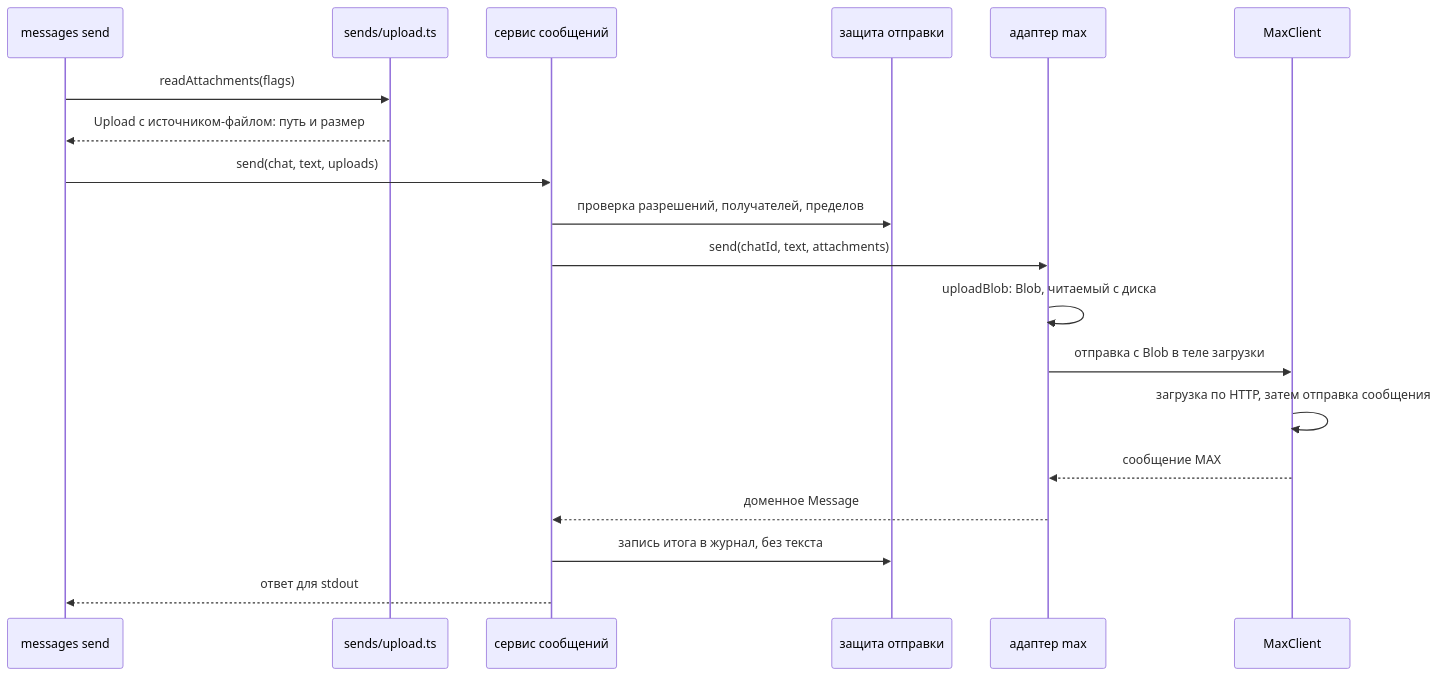
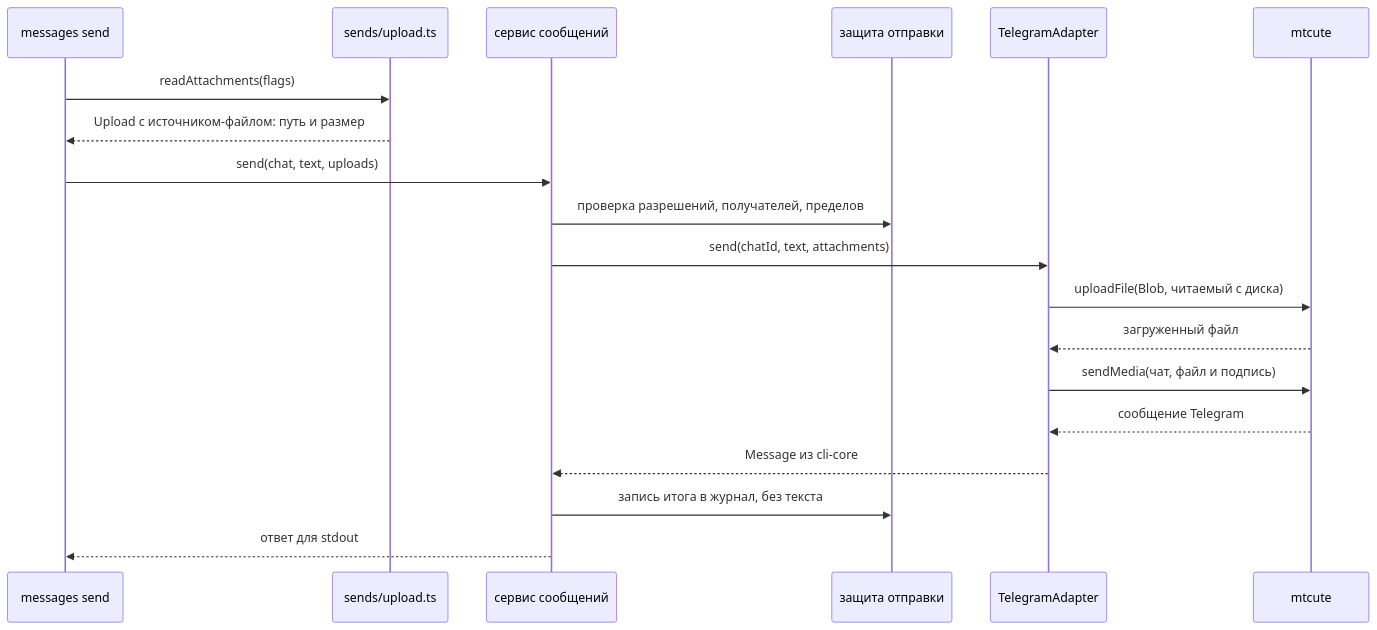
Before and after one commit to WireCatLabs/cli-docs: the fifth of 5 diagrams in content/docs/code-design.ru.mdx, drawn with Mermaid. The commit also changed other lines of this file and 2 other files, not shown here.

First line of the commit message:
docs(code-design): say what a port is; a clearer contract diagram; tg examples

````diff
--- a/content/docs/code-design.ru.mdx
+++ b/content/docs/code-design.ru.mdx
@@ -210,21 +211,21 @@
 ```mermaid Отправка с файлом: от команды до мессенджера
 sequenceDiagram
   participant Cmd as messages send
   participant Up as sends/upload.ts
   participant Svc as сервис сообщений
   participant Guard as защита отправки
-  participant Ad as адаптер max
-  participant Cl as MaxClient
+  participant Ad as TelegramAdapter
+  participant Cl as mtcute
   Cmd->>Up: readAttachments(flags)
   Up-->>Cmd: Upload с источником-файлом: путь и размер
   Cmd->>Svc: send(chat, text, uploads)
   Svc->>Guard: проверка разрешений, получателей, пределов
   Svc->>Ad: send(chatId, text, attachments)
-  Ad->>Ad: uploadBlob: Blob, читаемый с диска
-  Ad->>Cl: отправка с Blob в теле загрузки
-  Cl->>Cl: загрузка по HTTP, затем отправка сообщения
-  Cl-->>Ad: сообщение MAX
-  Ad-->>Svc: доменное Message
+  Ad->>Cl: uploadFile(Blob, читаемый с диска)
+  Cl-->>Ad: загруженный файл
+  Ad->>Cl: sendMedia(чат, файл и подпись)
+  Cl-->>Ad: сообщение Telegram
+  Ad-->>Svc: Message из cli-core
   Svc->>Guard: запись итога в журнал, без текста
   Svc-->>Cmd: ответ для stdout
 ```
````
